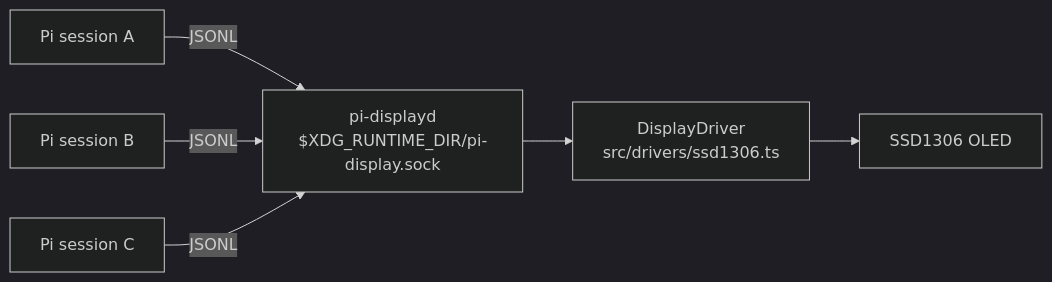
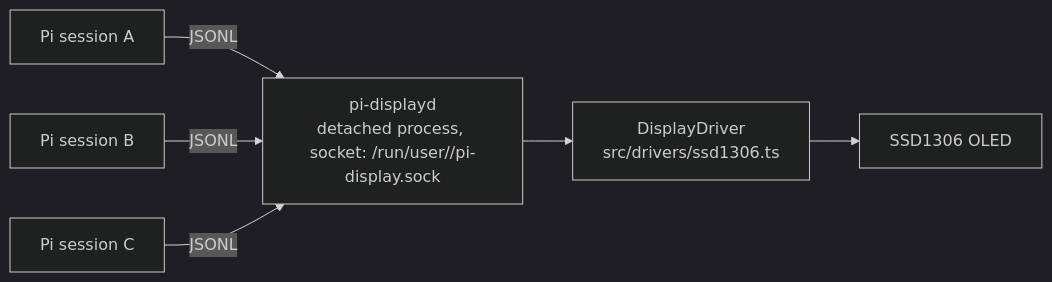
The diagram in README.md (tonyputi/pi-display), drawn with Mermaid (dark theme) before and after one commit. The commit also changed other lines of this file and 1 other file, not shown here.

````diff
--- a/README.md
+++ b/README.md
@@ -7,8 +7,8 @@
 ```mermaid
 flowchart LR
     A["Pi session A"] -- JSONL --> S
     B["Pi session B"] -- JSONL --> S
     C["Pi session C"] -- JSONL --> S
-    S["pi-displayd<br/>$XDG_RUNTIME_DIR/pi-display.sock"] --> D["DisplayDriver<br/>src/drivers/ssd1306.ts"]
+    S["pi-displayd<br/>detached process, socket: /run/user/<uid>/pi-display.sock"] --> D["DisplayDriver<br/>src/drivers/ssd1306.ts"]
     D --> HW["SSD1306 OLED"]
 ```
````
